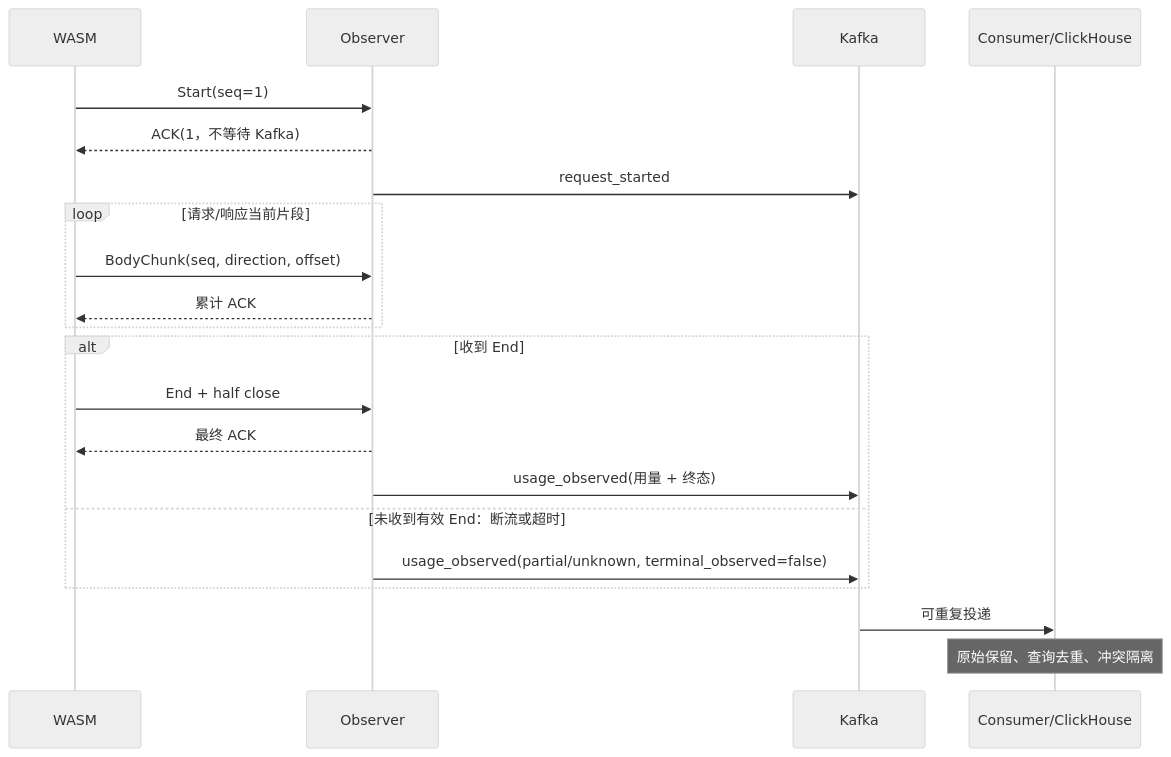
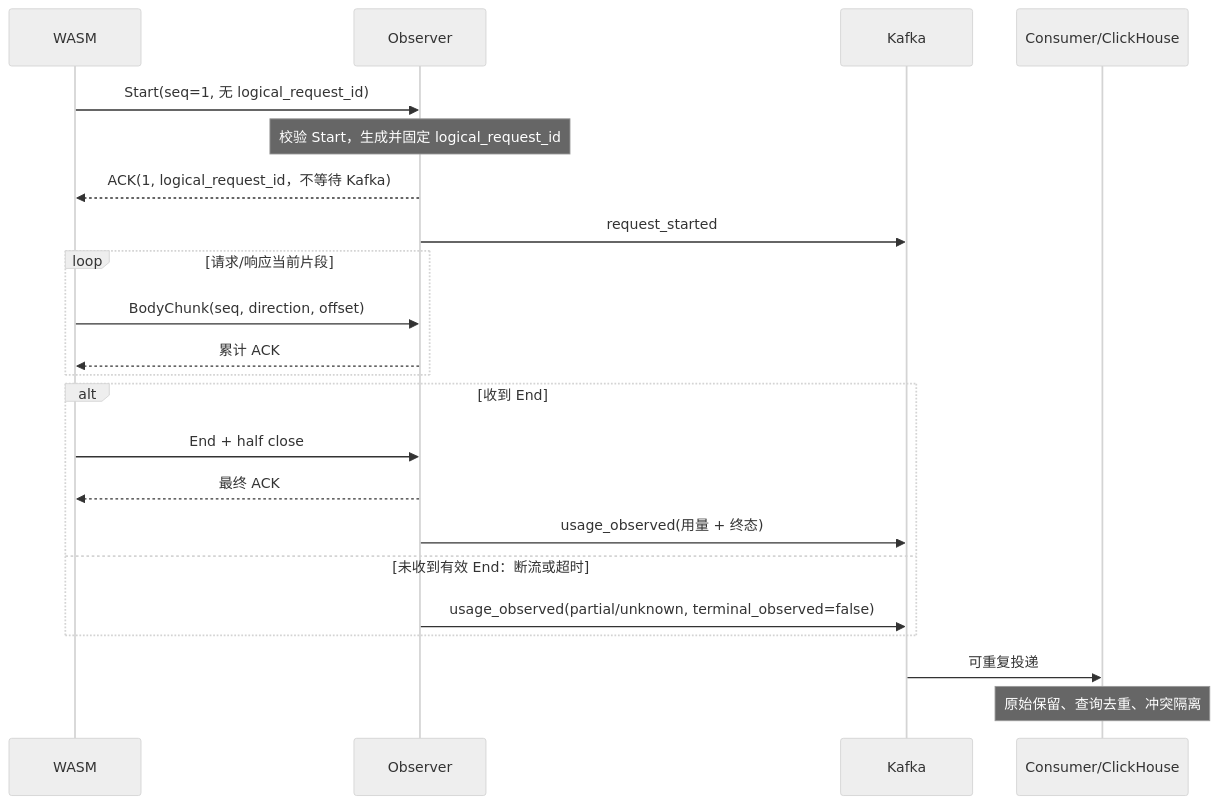
One commit to Fangyan33/llm-token-stats changed the second of 2 diagrams in docs/gateway-request-collection-implementation.md. Above: the diagram before and after it, drawn with Mermaid (neutral theme). The commit also changed other lines of this file and 3 other files, not shown here.

````diff
--- a/docs/gateway-request-collection-implementation.md
+++ b/docs/gateway-request-collection-implementation.md
@@ -455,23 +471,24 @@
 ```mermaid
 sequenceDiagram
     participant W as WASM
     participant O as Observer
     participant K as Kafka
     participant D as Consumer/ClickHouse
-    W->>O: Start(seq=1)
-    O-->>W: ACK(1，不等待 Kafka)
+    W->>O: Start(seq=1, 无 logical_request_id)
+    Note over O: 校验 Start，生成并固定 logical_request_id
+    O-->>W: ACK(1, logical_request_id，不等待 Kafka)
     O->>K: request_started
     loop 请求/响应当前片段
         W->>O: BodyChunk(seq, direction, offset)
         O-->>W: 累计 ACK
     end
     alt 收到 End
         W->>O: End + half close
         O-->>W: 最终 ACK
         O->>K: usage_observed(用量 + 终态)
     else 未收到有效 End：断流或超时
         O->>K: usage_observed(partial/unknown, terminal_observed=false)
     end
     K->>D: 可重复投递
     Note over D: 原始保留、查询去重、冲突隔离
 ```
````
